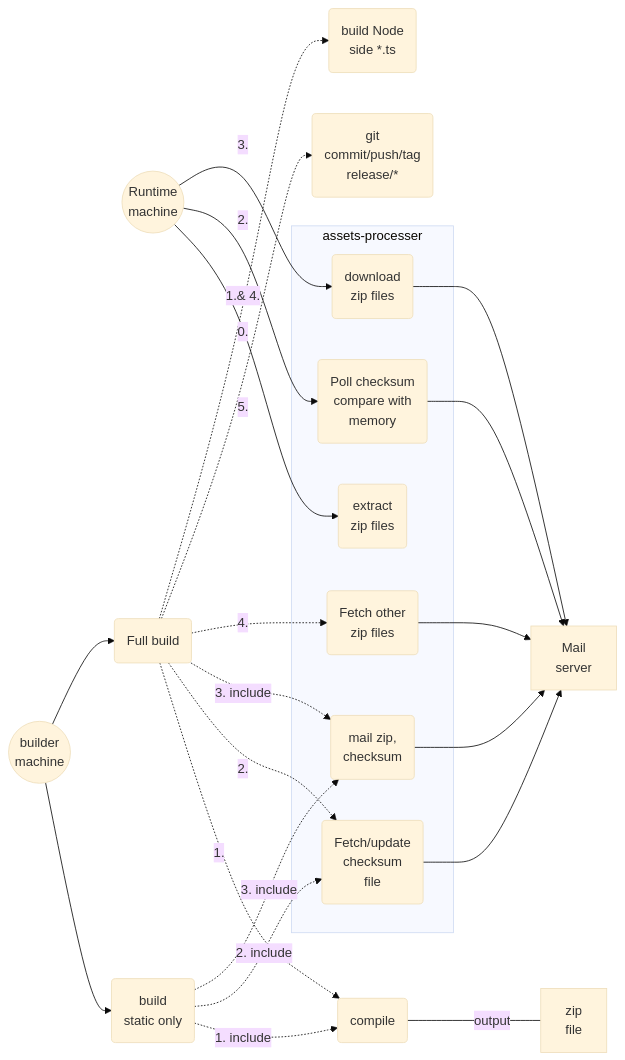
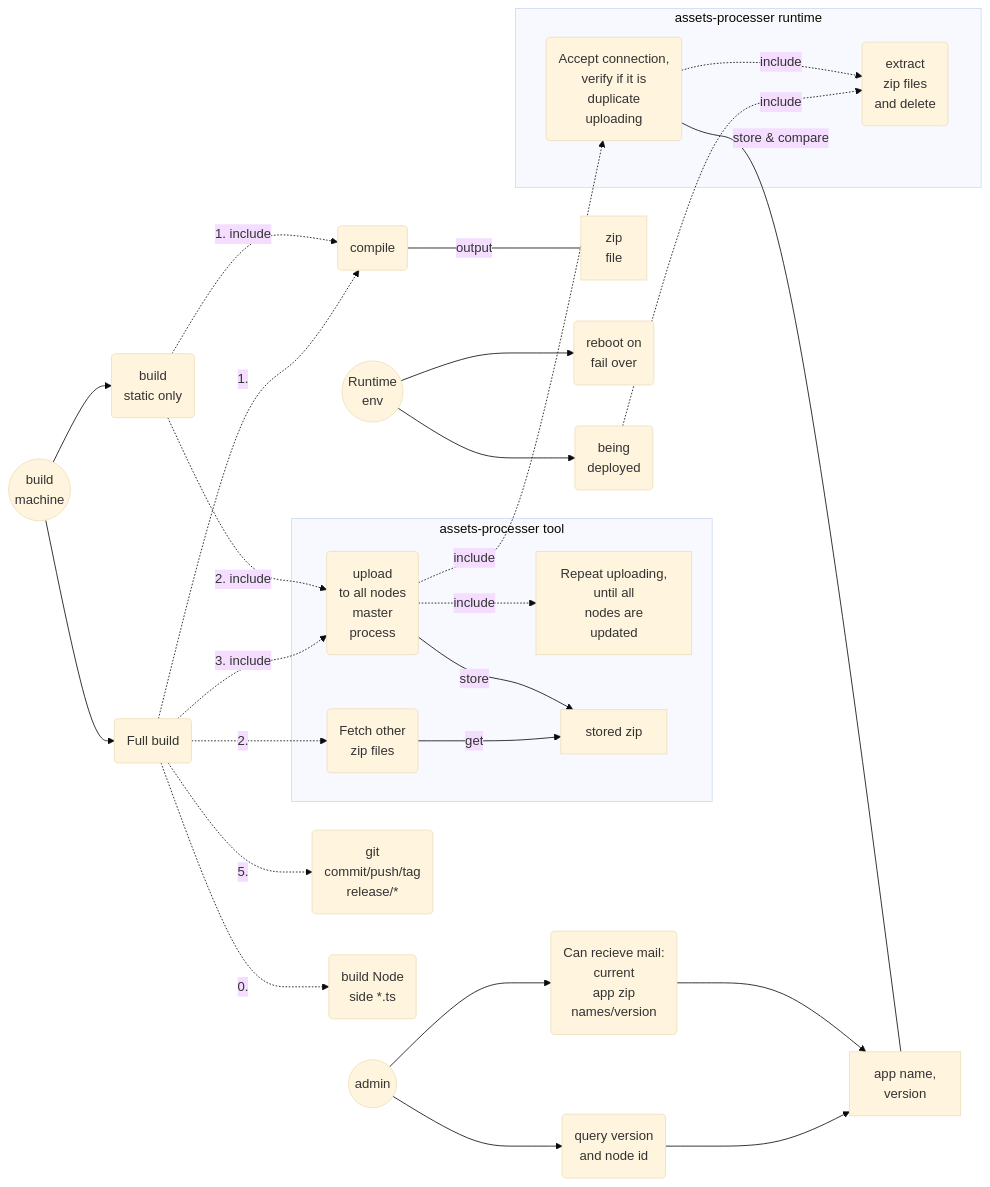
Before and after one commit to liujingbreak/plink: the diagram in src/runtime/assets-processer/README.md, drawn with Mermaid (base theme). The commit also changed other lines of this file and 102 other files, not shown here.

````diff
--- a/src/runtime/assets-processer/README.md
+++ b/src/runtime/assets-processer/README.md
@@ -2,41 +9,48 @@
 ```mermaid
 graph LR
-buildBox((builder<br>machine))
-runtime((Runtime<br>machine))
+buildBox((build<br>machine))
+env((Runtime<br>env))
 
-subgraph assets-processer
-   updateChecksum(Fetch/update<br>checksum<br>file)
+subgraph assets-processer tool
    fetchOtherZip(Fetch other<br>zip files)
-   sendZip(mail zip,<br>checksum)
-   unzip
-   poll
-   downloadZips
+   sendZip(upload<br>to all nodes<br>master<br>process)
+   upload[Repeat uploading,<br>until all<br>nodes are<br>updated]
+   storeZip[stored zip]
+end
+
+subgraph assets-processer runtime
+   rejDupli(Accept connection,<br>verify if it is<br>duplicate<br>uploading)
+   unzip(extract<br>zip files<br>and delete)
 end
 
 buildBox --> staticBuild(build<br>static only)
-staticBuild -.-> |1. include| build
-staticBuild -.-> |2. include| updateChecksum
-staticBuild -.-> |3. include| sendZip
+staticBuild -.-> |1. include| build(compile)
+build ---|output| zip[zip<br>file]
+staticBuild -.-> |2. include| sendZip
 
 buildBox --> fullBuild(Full build)
 
-fullBuild -.->|1.| build(compile)
-build ---|output| zip[zip<br>file]
-fullBuild -.-> |2.| updateChecksum
+fullBuild -.->|1.| build
+fullBuild -.->|2.| fetchOtherZip
 fullBuild -.-> |3. include| sendZip
-fullBuild -.->|4.| fetchOtherZip
-updateChecksum --> mailServer[Mail<br>server]
-fetchOtherZip --> mailServer
-sendZip --> mailServer
+sendZip -.->|include| upload
+sendZip --> |store|storeZip
+fetchOtherZip --> |get|storeZip
+
+sendZip -.-> |include| rejDupli
+rejDupli ---|store & compare| version[app name,<br>version]
+rejDupli -.->|include|unzip
+
 fullBuild -.->|5.| gitCommit(git<br>commit/push/tag<br>release/*)
 fullBuild -.-> |0.| buildNode(build Node<br>side *.ts)
 
+env --> deploy(being<br>deployed)
+env --> reboot(reboot on<br>fail over)
 
 
-runtime --> |1.& 4.| unzip(extract<br>zip files)
-runtime --> |2.| poll(Poll checksum<br>compare with<br>memory)
-runtime --> |3.| downloadZips(download<br>zip files)
-
-poll --> mailServer
-downloadZips --> mailServer
+deploy -.-> |include| unzip
+admin((admin)) --> mailNotif(Can recieve mail:<br>current<br>app zip<br>names/version)
+admin --> seeVersion(query version<br>and node id)
+mailNotif --> version
+seeVersion --> version
 ```
````
